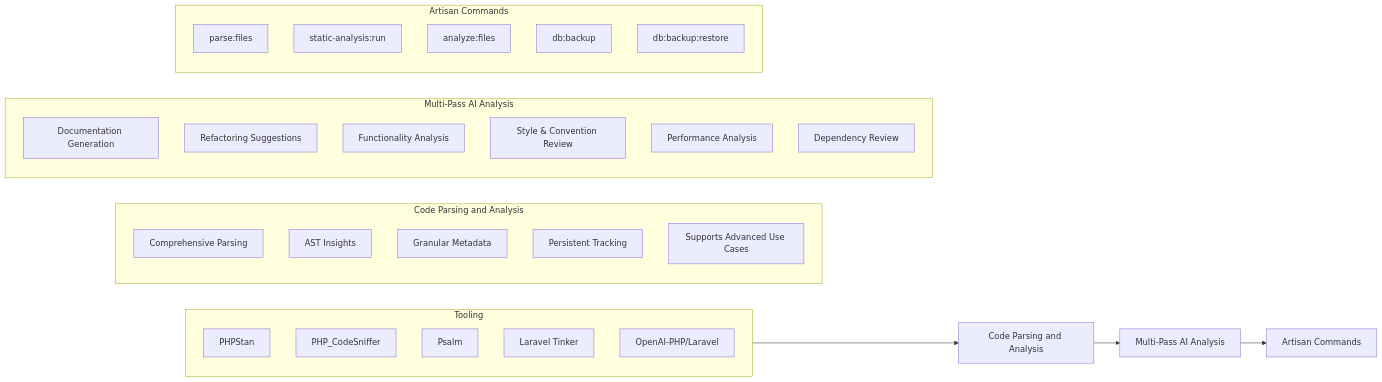
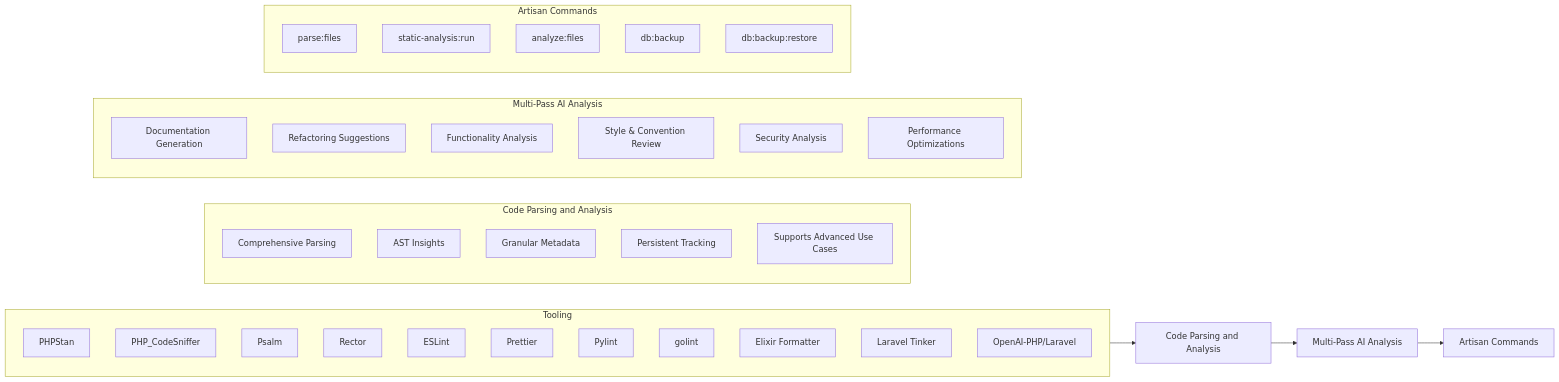
The second of 2 diagrams in README.md (wallter/laravel-ai-code-analysis), drawn with Mermaid before and after one commit. The commit also changed other lines of this file, not shown here.

````diff
--- a/README.md
+++ b/README.md
@@ -124,39 +125,45 @@
 ```mermaid
 graph LR;
     subgraph Tooling
         PHPStan[PHPStan];
         PHPCS[PHP_CodeSniffer];
         Psalm[Psalm];
+        Rector[Rector];
+        ESLint[ESLint];
+        Prettier[Prettier];
+        Pylint[Pylint];
+        GoLint[golint];
+        ElixirFormatter[Elixir Formatter];
         Tinker[Laravel Tinker];
         OpenAI[OpenAI-PHP/Laravel];
     end;
 
     subgraph Code Parsing and Analysis
         Parsing[Comprehensive Parsing];
         AST[AST Insights];
         Metadata[Granular Metadata];
         Tracking[Persistent Tracking];
         Advanced[Supports Advanced Use Cases];
     end;
 
     subgraph Multi-Pass AI Analysis
         DocGen[Documentation Generation];
         Refactor[Refactoring Suggestions];
         Functionality[Functionality Analysis];
         Style[Style & Convention Review];
-        Performance[Performance Analysis];
-        Dependency[Dependency Review];
+        Security[Security Analysis];
+        Performance[Performance Optimizations];
     end;
 
     subgraph Artisan Commands
         Parse[parse:files];
         StaticRun[static-analysis:run];
         Analyze[analyze:files];
         Backup[db:backup];
         Restore[db:backup:restore];
     end;
 
     Tooling --> CodeParsing[Code Parsing and Analysis];
     CodeParsing --> AIAnalysis[Multi-Pass AI Analysis];
     AIAnalysis --> Commands[Artisan Commands];
 ```
````
